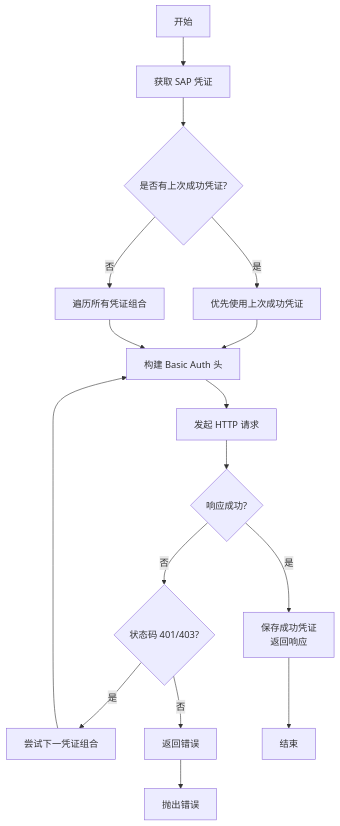
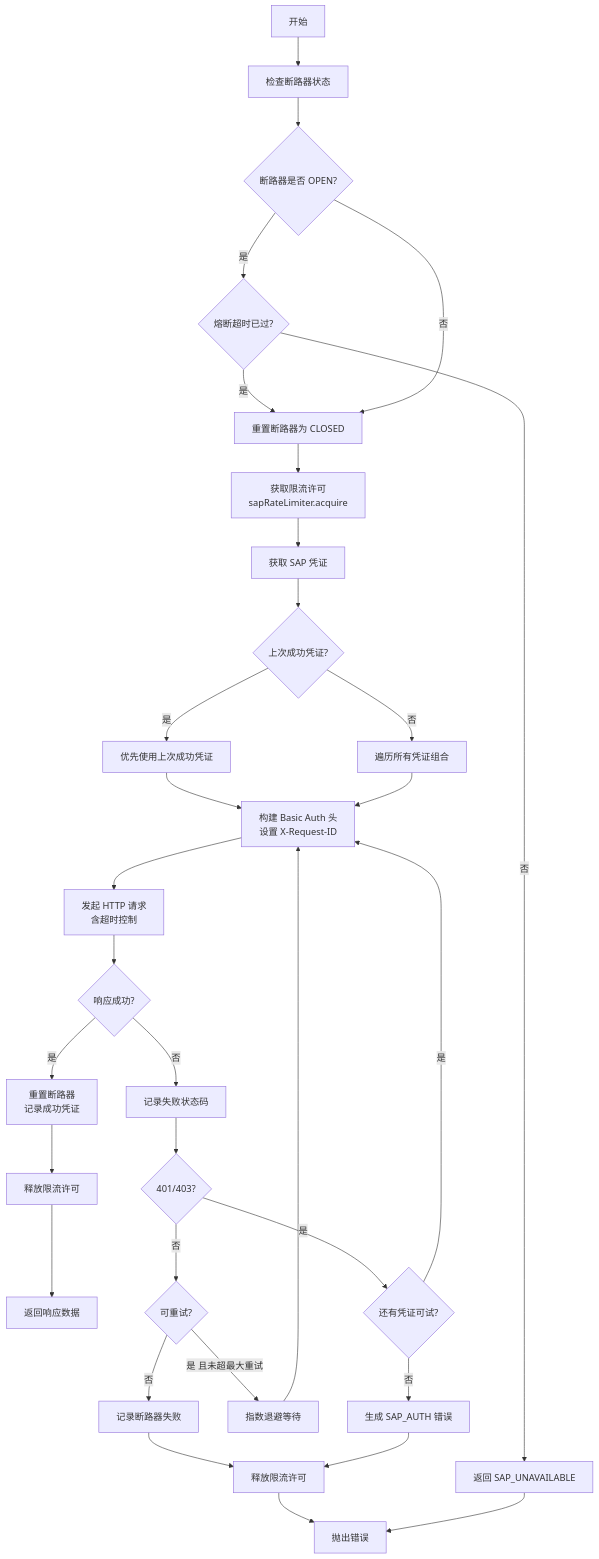
Before and after one commit to Frank-zhao-junjun/ES-MCP-Server: the sixth of 10 diagrams in MCP Server/docs/business-logic.md, drawn with Mermaid. The commit also changed other lines of this file and 22 other files, not shown here.

````diff
--- a/MCP Server/docs/business-logic.md
+++ b/MCP Server/docs/business-logic.md
@@ -105,18 +105,34 @@
 ```mermaid
 flowchart TD
-    A[开始] --> B[获取 SAP 凭证]
-    B --> C{是否有上次成功凭证?}
-    C -->|是| D[优先使用上次成功凭证]
-    C -->|否| E[遍历所有凭证组合]
-    D --> F[构建 Basic Auth 头]
-    E --> F
-    F --> G[发起 HTTP 请求]
-    G --> H{响应成功?}
-    H -->|是| I[保存成功凭证<br/>返回响应]
-    H -->|否| J{状态码 401/403?}
-    J -->|是| K[尝试下一凭证组合]
-    J -->|否| L[返回错误]
-    K --> F
-    I --> M[结束]
-    L --> N[抛出错误]
+    A[开始] --> B[检查断路器状态]
+    B --> C{断路器是否 OPEN?}
+    C -->|是| D{熔断超时已过?}
+    D -->|否| E[返回 SAP_UNAVAILABLE]
+    D -->|是| F[重置断路器为 CLOSED]
+    C -->|否| F
+    F --> G[获取限流许可<br/>sapRateLimiter.acquire]
+    G --> H[获取 SAP 凭证]
+    H --> I{上次成功凭证?}
+    I -->|是| J[优先使用上次成功凭证]
+    I -->|否| K[遍历所有凭证组合]
+    J --> L[构建 Basic Auth 头<br/>设置 X-Request-ID]
+    K --> L
+    L --> M[发起 HTTP 请求<br/>含超时控制]
+    M --> N{响应成功?}
+    N -->|是| O[重置断路器<br/>记录成功凭证]
+    O --> P[释放限流许可]
+    P --> Q[返回响应数据]
+    N -->|否| R[记录失败状态码]
+    R --> S{401/403?}
+    S -->|是| T{还有凭证可试?}
+    T -->|是| L
+    T -->|否| U[生成 SAP_AUTH 错误]
+    S -->|否| V{可重试?}
+    V -->|是 且未超最大重试| W[指数退避等待]
+    W --> L
+    V -->|否| X[记录断路器失败]
+    X --> Y[释放限流许可]
+    Y --> Z[抛出错误]
+    U --> Y
+    E --> Z
 ```
````
